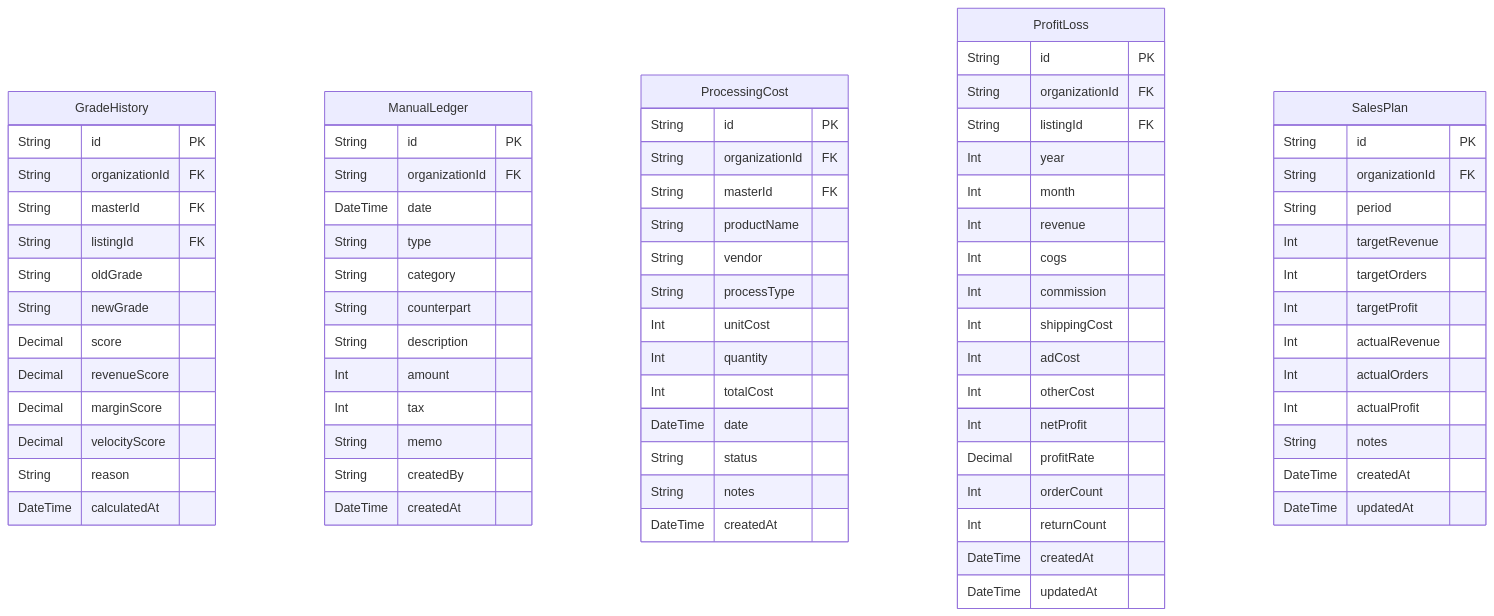
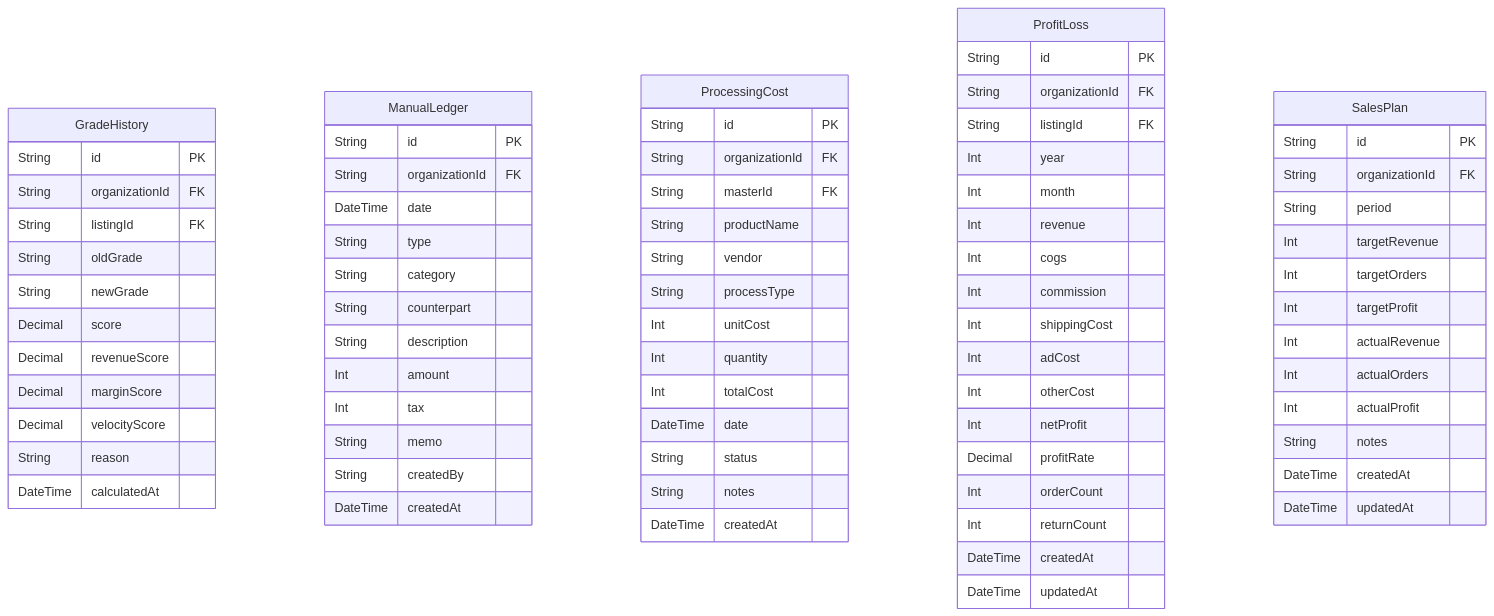
The diagram in docs/erd/finance.md (AgentFoundry-Labs/kiditem), drawn with Mermaid before and after one commit. The commit also changed other lines of this file and 33 other files, not shown here.

````diff
--- a/docs/erd/finance.md
+++ b/docs/erd/finance.md
@@ -20,79 +20,78 @@
 ```mermaid
 erDiagram
   GradeHistory {
     String id PK
     String organizationId FK
-    String masterId FK
     String listingId FK
     String oldGrade
     String newGrade
     Decimal score
     Decimal revenueScore
     Decimal marginScore
     Decimal velocityScore
     String reason
     DateTime calculatedAt
   }
   ManualLedger {
     String id PK
     String organizationId FK
     DateTime date
     String type
     String category
     String counterpart
     String description
     Int amount
     Int tax
     String memo
     String createdBy
     DateTime createdAt
   }
   ProcessingCost {
     String id PK
     String organizationId FK
     String masterId FK
     String productName
     String vendor
     String processType
     Int unitCost
     Int quantity
     Int totalCost
     DateTime date
     String status
     String notes
     DateTime createdAt
   }
   ProfitLoss {
     String id PK
     String organizationId FK
     String listingId FK
     Int year
     Int month
     Int revenue
     Int cogs
     Int commission
     Int shippingCost
     Int adCost
     Int otherCost
     Int netProfit
     Decimal profitRate
     Int orderCount
     Int returnCount
     DateTime createdAt
     DateTime updatedAt
   }
   SalesPlan {
     String id PK
     String organizationId FK
     String period
     Int targetRevenue
     Int targetOrders
     Int targetProfit
     Int actualRevenue
     Int actualOrders
     Int actualProfit
     String notes
     DateTime createdAt
     DateTime updatedAt
   }
 ```
````
